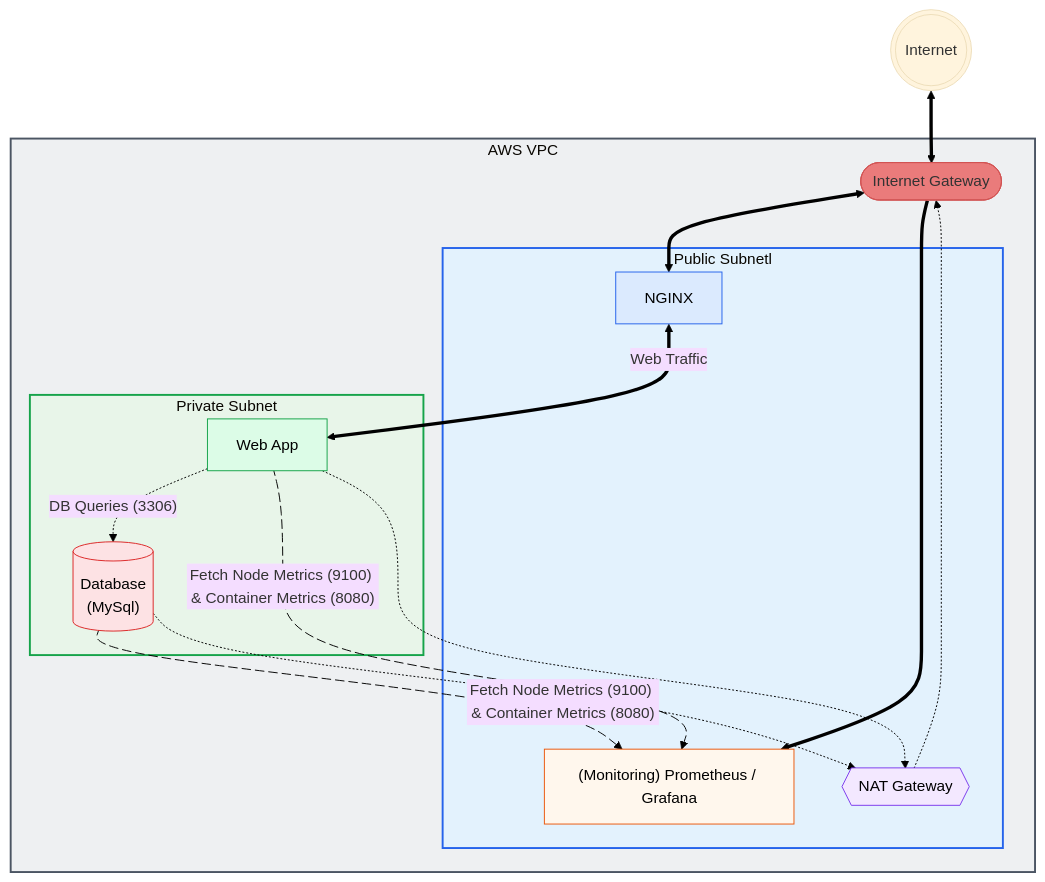
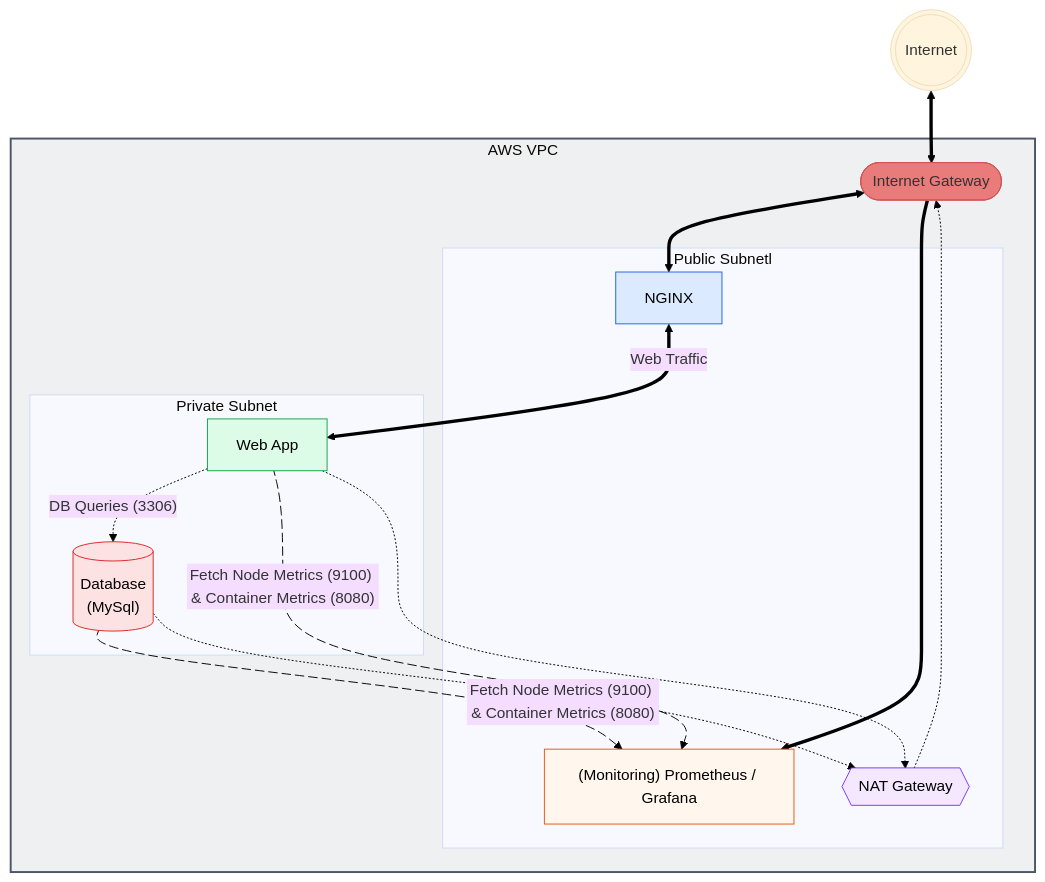
Before and after one commit to Jazzar101/learning-terraform-3087701: the diagram in README.md, drawn with Mermaid (base theme).

````diff
--- a/README.md
+++ b/README.md
@@ -6,56 +6,54 @@
 ```mermaid
 flowchart TB
     Internet(((Internet)))
     subgraph VPC[AWS VPC]
         IGW([Internet Gateway])
         subgraph PublicSubnet[Public Subnetl]
             NAT{{NAT Gateway}}
             NGINX[NGINX]
             Monitoring["(Monitoring) Prometheus / Grafana"]
         end
 
         subgraph PrivateSubnet[Private Subnet]
             App[Web App]
             DB[("Database\n(MySql)")]
         end
     end
 
     Internet <==> IGW
     IGW <==> NGINX
     NGINX <==>|Web Traffic| App
     App -.->|"DB Queries (3306)"| DB
     IGW ==> Monitoring
 
     App metricsApp@-->|"Fetch Node Metrics (9100) & Container Metrics (8080)"| Monitoring
     DB metricsDB@-->|"Fetch Node Metrics (9100) & Container Metrics (8080)"| Monitoring
 
     App -.-> NAT
     DB -.-> NAT
     NAT -.-> IGW
     
     metricsApp@{ animation: slow }    
     metricsDB@{ animation: slow }
 
     %% Node-only styling (GitHub safe)
     classDef ingress fill:#dbeafe,stroke:#2563eb,color:#000000
     classDef monitoring fill:#fff7ed,stroke:#ea580c,color:#000000
     classDef nat fill:#f3e8ff,stroke:#7c3aed,color:#000000
     classDef app fill:#dcfce7,stroke:#16a34a,color:#000000
     classDef db fill:#fde2e4,stroke:#dc2626,color:#000000
     classDef igw fill:#EA7B7B,stroke:#D25353,color:#00000
-    classDef PublicSubnet fill:#e3ffff,stroke:none,color:#111827,font-weight:bold
-    classDef PrivateSubnet fill:#e8ffff,stroke:none,color:#111827,font-weight:bold
+    classDef PublicSubnet fill:#ffffff,stroke:none,color:#000000,font-weight:bold
+    classDef PrivateSubnet fill:#ffffff,stroke:none,color:#000000font-weight:bold
 
     style VPC fill:#eef0f2,stroke:#4b5563,stroke-width:2px
-    style PublicSubnet fill:#e3f2fd,stroke:#2563eb,stroke-width:2px
-    style PrivateSubnet fill:#e8f5e9,stroke:#16a34a,stroke-width:2px    
  
     linkStyle default stroke:#000
 
     class NGINX ingress
     class Monitoring monitoring
     class NAT nat
     class App app
     class DB db
     class IGW igw
 ```
````
